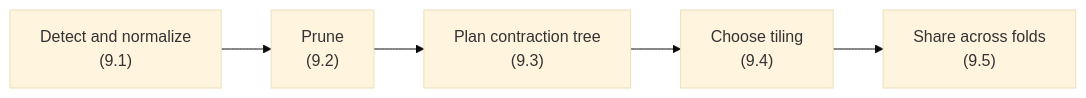
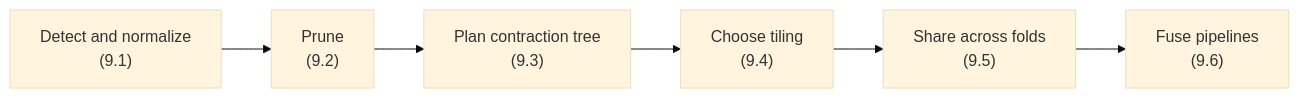
Before and after one commit to xqlsystems/einfold: the second of 2 diagrams in docs/design.md, drawn with Mermaid (base theme). The commit also changed other lines of this file and 3 other files, not shown here.

````diff
--- a/docs/design.md
+++ b/docs/design.md
@@ -377,4 +384,4 @@
 ```mermaid
 flowchart LR
-  a["Detect and normalize<br/>(9.1)"] --> b["Prune<br/>(9.2)"] --> c["Plan contraction tree<br/>(9.3)"] --> d["Choose tiling<br/>(9.4)"] --> e["Share across folds<br/>(9.5)"]
+  a["Detect and normalize<br/>(9.1)"] --> b["Prune<br/>(9.2)"] --> c["Plan contraction tree<br/>(9.3)"] --> d["Choose tiling<br/>(9.4)"] --> e["Share across folds<br/>(9.5)"] --> f["Fuse pipelines<br/>(9.6)"]
 ```
````
